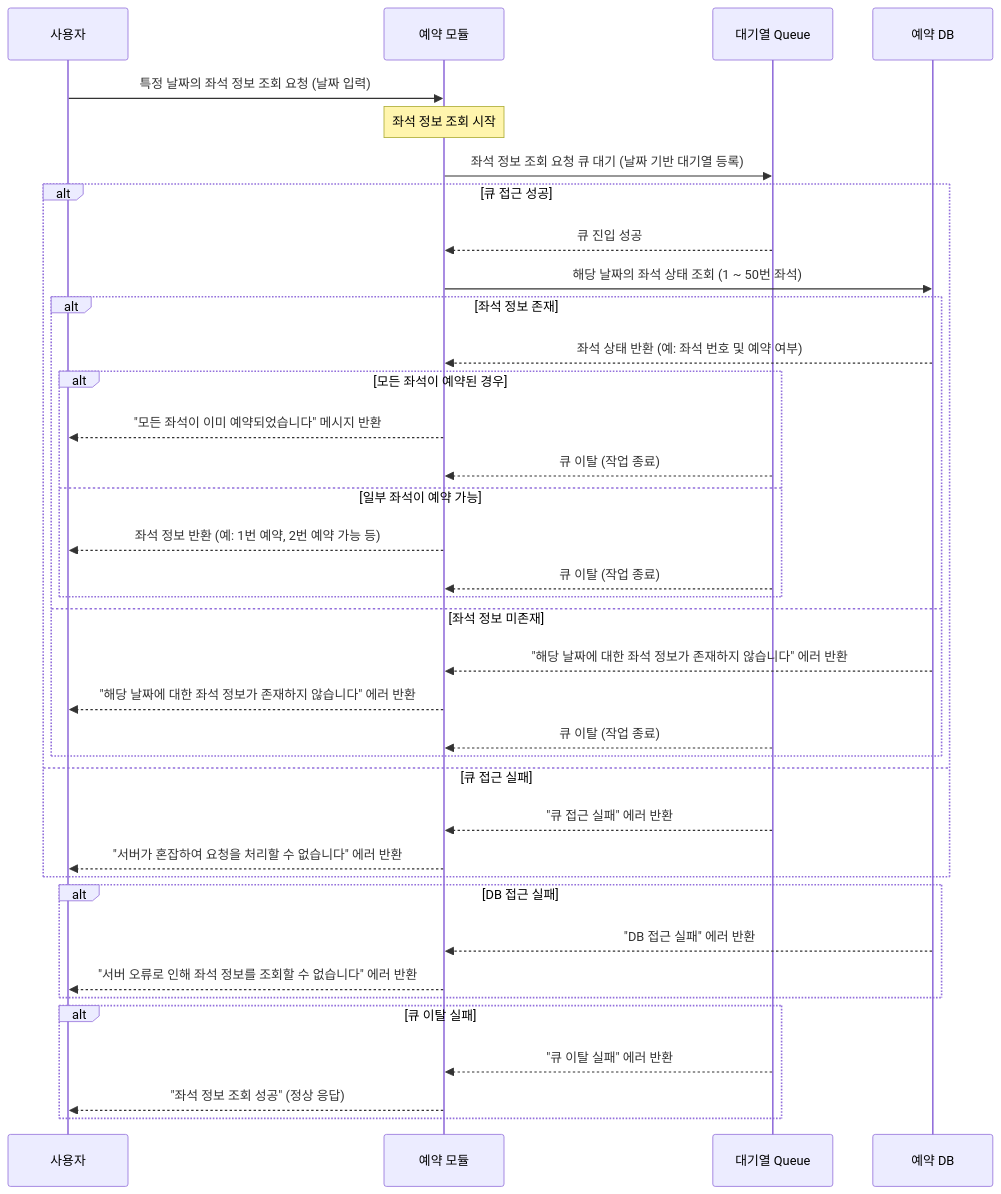
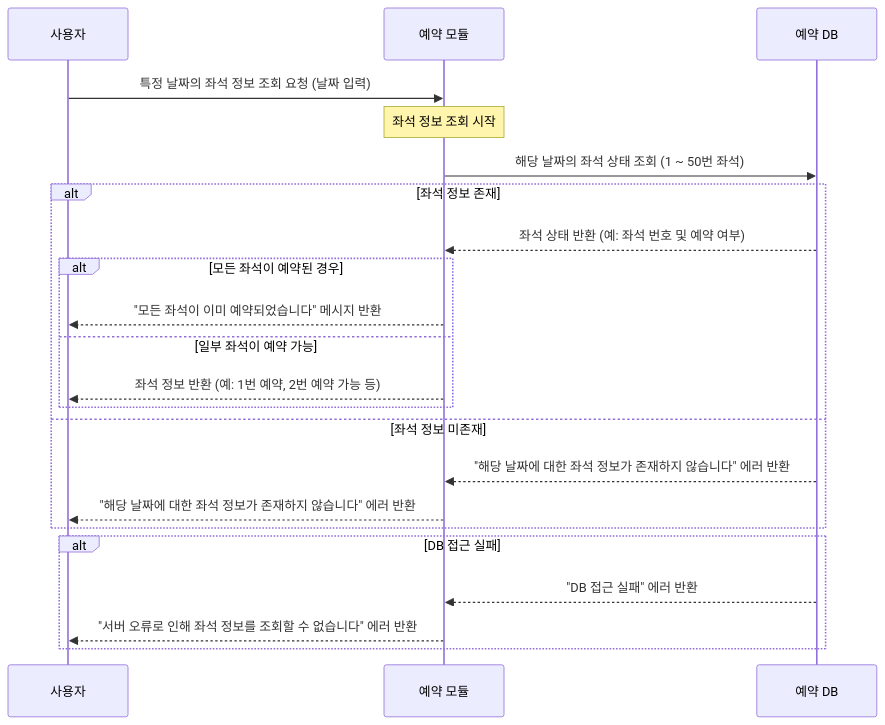
One commit to SooLee99/hhplus-concert-reservation-service changed the third of 14 diagrams in README.md. Above: the diagram before and after it, drawn with Mermaid. The commit also changed other lines of this file, not shown here.

First line of the commit message:
fix: #2 #3 - 정보 조회 API 시퀀스 다이어그램 및 플로우 차트 수정

````diff
--- a/README.md
+++ b/README.md
@@ -128,53 +117,35 @@
 ```mermaid
-  sequenceDiagram
+    sequenceDiagram
   participant User as 사용자
   participant ReservationServer as 예약 모듈
-  participant QueueDB as 대기열 Queue
   participant ReservationDB as 예약 DB
   
   %% 2️⃣ 특정 날짜 좌석 정보 조회 API
   User->>ReservationServer: 특정 날짜의 좌석 정보 조회 요청 (날짜 입력)
   Note over ReservationServer: 좌석 정보 조회 시작
   
-  %% 대기열 큐에 접근하여 경합 방지
-  ReservationServer->>QueueDB: 좌석 정보 조회 요청 큐 대기 (날짜 기반 대기열 등록)
-  alt 큐 접근 성공
-  QueueDB-->>ReservationServer: 큐 진입 성공
+  %% 예약 모듈에서 좌석 정보 조회
   ReservationServer->>ReservationDB: 해당 날짜의 좌석 상태 조회 (1 ~ 50번 좌석)
   
-      alt 좌석 정보 존재
-          %% 좌석 정보가 존재하는 경우
-          ReservationDB-->>ReservationServer: 좌석 상태 반환 (예: 좌석 번호 및 예약 여부)
-          
-          alt 모든 좌석이 예약된 경우
-              ReservationServer-->>User: "모든 좌석이 이미 예약되었습니다" 메시지 반환
-              QueueDB-->>ReservationServer: 큐 이탈 (작업 종료)
-          else 일부 좌석이 예약 가능
-              %% 사용자에게 좌석 정보 반환
-              ReservationServer-->>User: 좌석 정보 반환 (예: 1번 예약, 2번 예약 가능 등)
-              QueueDB-->>ReservationServer: 큐 이탈 (작업 종료)
-          end
-      else 좌석 정보 미존재
-          %% 좌석 정보가 존재하지 않는 경우
-          ReservationDB-->>ReservationServer: "해당 날짜에 대한 좌석 정보가 존재하지 않습니다" 에러 반환
-          ReservationServer-->>User: "해당 날짜에 대한 좌석 정보가 존재하지 않습니다" 에러 반환
-          QueueDB-->>ReservationServer: 큐 이탈 (작업 종료)
+  alt 좌석 정보 존재
+      %% 좌석 정보가 존재하는 경우
+      ReservationDB-->>ReservationServer: 좌석 상태 반환 (예: 좌석 번호 및 예약 여부)
+      
+      alt 모든 좌석이 예약된 경우
+          ReservationServer-->>User: "모든 좌석이 이미 예약되었습니다" 메시지 반환
+      else 일부 좌석이 예약 가능
+          %% 사용자에게 좌석 정보 반환
+          ReservationServer-->>User: 좌석 정보 반환 (예: 1번 예약, 2번 예약 가능 등)
       end
-  else 큐 접근 실패
-  %% 큐 접근 실패 시
-  QueueDB-->>ReservationServer: "큐 접근 실패" 에러 반환
-  ReservationServer-->>User: "서버가 혼잡하여 요청을 처리할 수 없습니다" 에러 반환
+  else 좌석 정보 미존재
+      %% 좌석 정보가 존재하지 않는 경우
+      ReservationDB-->>ReservationServer: "해당 날짜에 대한 좌석 정보가 존재하지 않습니다" 에러 반환
+      ReservationServer-->>User: "해당 날짜에 대한 좌석 정보가 존재하지 않습니다" 에러 반환
   end
   
   %% 예약 가능한 좌석 조회 중 DB 접근 실패 시 처리
   alt DB 접근 실패
   ReservationDB-->>ReservationServer: "DB 접근 실패" 에러 반환
   ReservationServer-->>User: "서버 오류로 인해 좌석 정보를 조회할 수 없습니다" 에러 반환
   end
-  
-  %% 큐 이탈 실패 처리
-  alt 큐 이탈 실패
-  QueueDB-->>ReservationServer: "큐 이탈 실패" 에러 반환
-  ReservationServer-->>User: "좌석 정보 조회 성공" (정상 응답)
-  end
 ```
````
